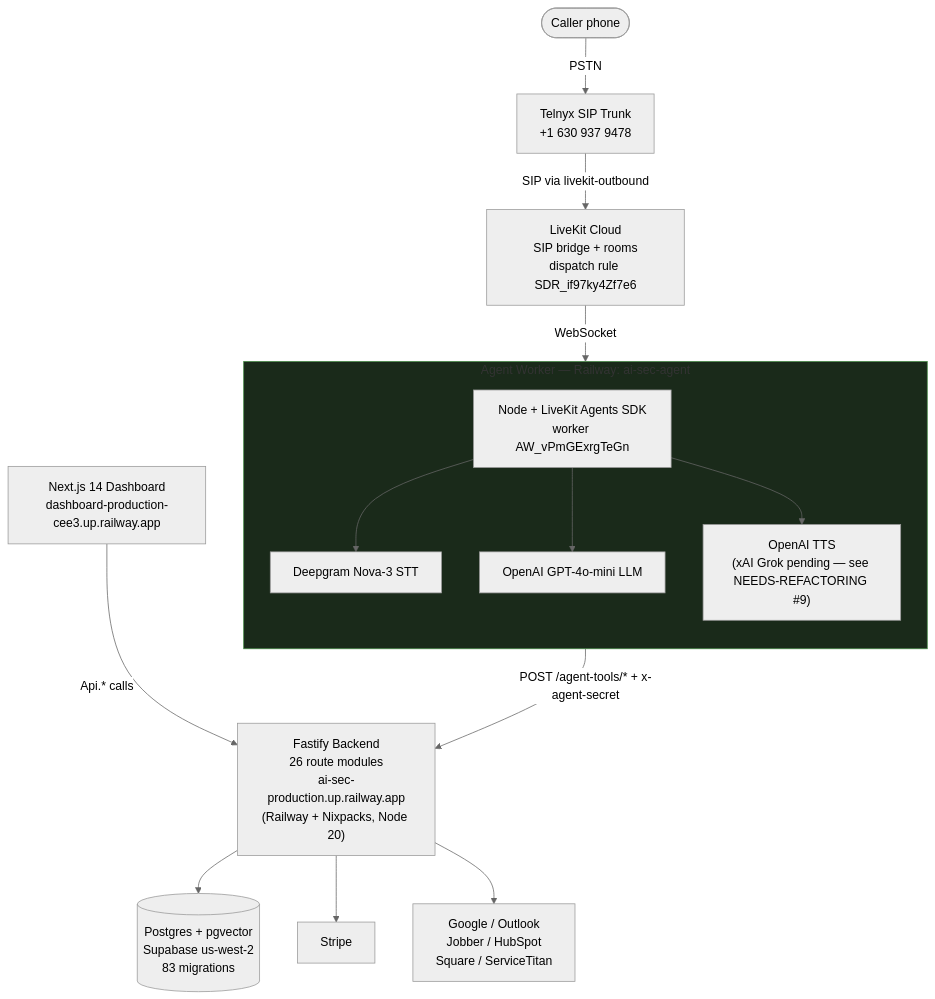
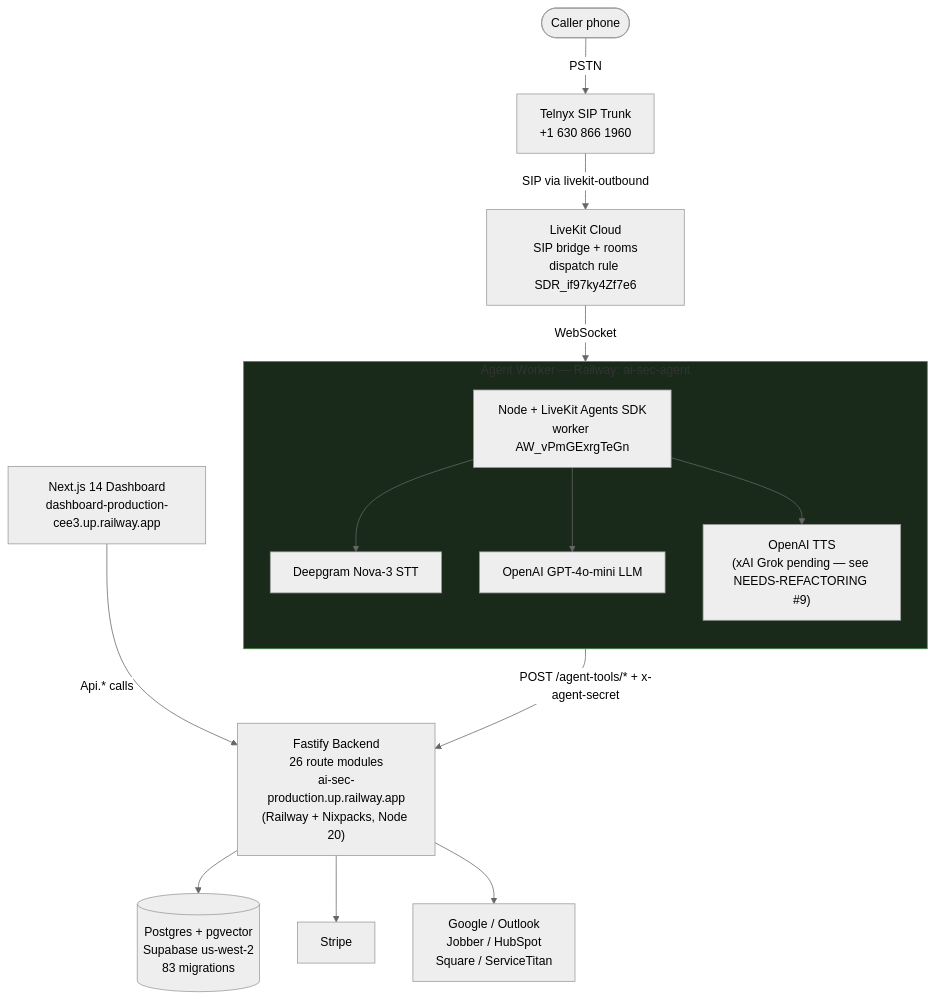
Before and after one commit to ddemott/ai-sec: the first of 11 diagrams in docs/DIAGRAMS.md, drawn with Mermaid (neutral theme). The commit also changed 9 other files, not shown here.

````diff
--- a/docs/DIAGRAMS.md
+++ b/docs/DIAGRAMS.md
@@ -27,37 +27,37 @@
 ```mermaid
 flowchart TB
   Caller([Caller phone])
-  Telnyx["Telnyx SIP Trunk<br/>+1 630 937 9478"]
+  Telnyx["Telnyx SIP Trunk<br/>+1 630 866 1960"]
   Caller -->|PSTN| Telnyx
 
   LiveKit["LiveKit Cloud<br/>SIP bridge + rooms<br/>dispatch rule SDR_if97ky4Zf7e6"]
   Telnyx -->|SIP via livekit-outbound| LiveKit
 
   subgraph agentBox["Agent Worker — Railway: ai-sec-agent"]
     direction TB
     Agent["Node + LiveKit Agents SDK<br/>worker AW_vPmGExrgTeGn"]
     DG["Deepgram Nova-3 STT"]
     OAI["OpenAI GPT-4o-mini LLM"]
     TTS["OpenAI TTS<br/>(xAI Grok pending — see NEEDS-REFACTORING #9)"]
     Agent --> DG
     Agent --> OAI
     Agent --> TTS
   end
 
   LiveKit -->|WebSocket| Agent
 
   Fastify["Fastify Backend<br/>26 route modules<br/>ai-sec-production.up.railway.app<br/>(Railway + Nixpacks, Node 20)"]
   Agent -->|POST /agent-tools/* + x-agent-secret| Fastify
 
   Postgres[("Postgres + pgvector<br/>Supabase us-west-2<br/>83 migrations")]
   Stripe["Stripe"]
   Integrations["Google / Outlook<br/>Jobber / HubSpot<br/>Square / ServiceTitan"]
   Dashboard["Next.js 14 Dashboard<br/>dashboard-production-cee3.up.railway.app"]
 
   Fastify --> Postgres
   Fastify --> Stripe
   Fastify --> Integrations
   Dashboard -->|Api.* calls| Fastify
 
   style agentBox fill:#1a2a1a,stroke:#484
 ```
````
